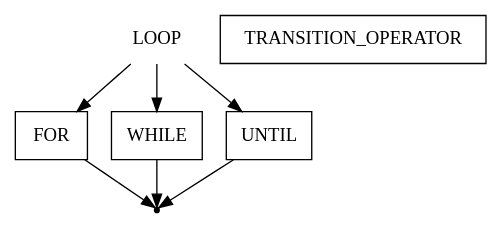
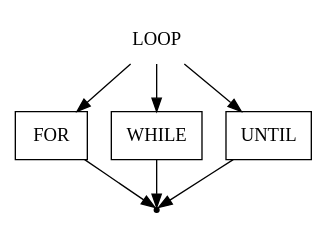
The diagram in pseudocode/loop.gv (ayu-f/DSL_Pseudocode), drawn with Graphviz before and after one commit.

```diff
--- a/pseudocode/loop.gv
+++ b/pseudocode/loop.gv
@@ -1,14 +1,13 @@
 digraph LOOP {
     start [label=LOOP shape=plaintext]
     for [label=FOR shape=box]
     while [label=WHILE shape=box]
     until [label=UNTIL shape=box]
-    transition_operator [label=TRANSITION_OPERATOR shape=box]
     end [label="" shape=point]
     start -> for
     start -> while
     start -> until
     for -> end
     while -> end
     until -> end
 }
```
